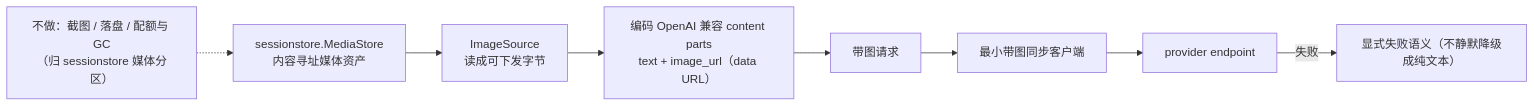
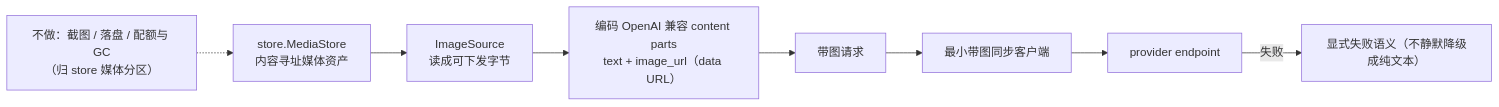
The diagram in seelebridge/multimodal/README.md (RedHuang-0622/seelex), drawn with Mermaid before and after one commit. The commit also changed other lines of this file and 1013 other files, not shown here.

````diff
--- a/seelebridge/multimodal/README.md
+++ b/seelebridge/multimodal/README.md
@@ -11,10 +11,10 @@
 ```mermaid
 flowchart LR
-    MEDIA["sessionstore.MediaStore<br/>内容寻址媒体资产"] --> SRC["ImageSource<br/>读成可下发字节"]
+    MEDIA["store.MediaStore<br/>内容寻址媒体资产"] --> SRC["ImageSource<br/>读成可下发字节"]
     SRC --> ENC["编码 OpenAI 兼容 content parts<br/>text + image_url（data URL）"]
     ENC --> REQ["带图请求"]
     REQ --> CLIENT["最小带图同步客户端"]
     CLIENT --> PROVIDER["provider endpoint"]
     PROVIDER -->|失败| FAIL["显式失败语义（不静默降级成纯文本）"]
-    NOTE["不做：截图 / 落盘 / 配额与 GC<br/>（归 sessionstore 媒体分区）"] -.-> MEDIA
+    NOTE["不做：截图 / 落盘 / 配额与 GC<br/>（归 store 媒体分区）"] -.-> MEDIA
 ```
````
